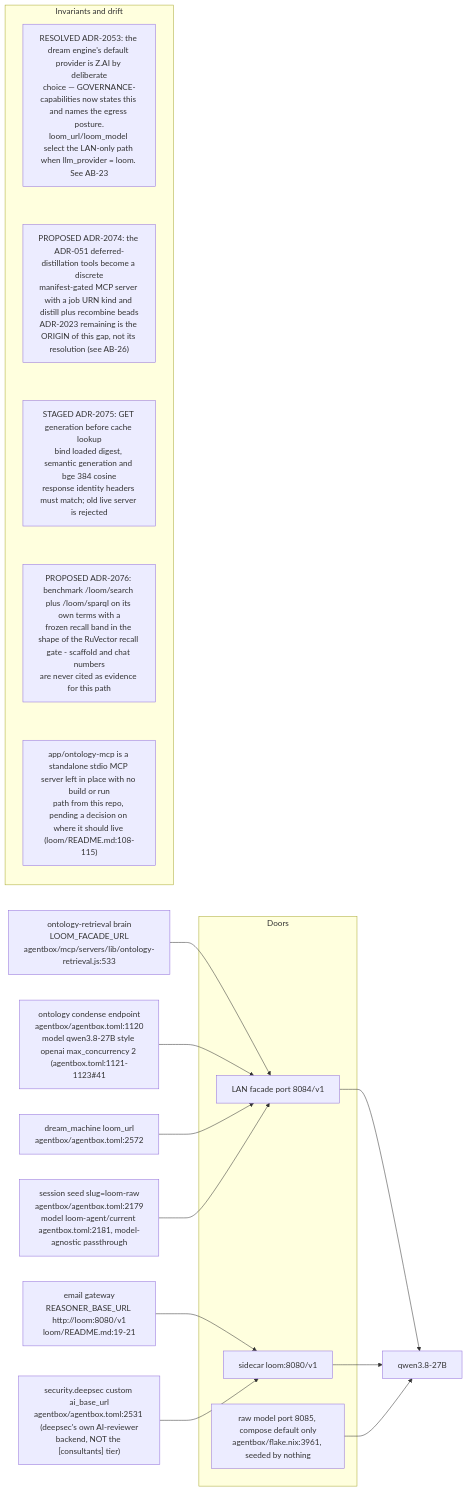
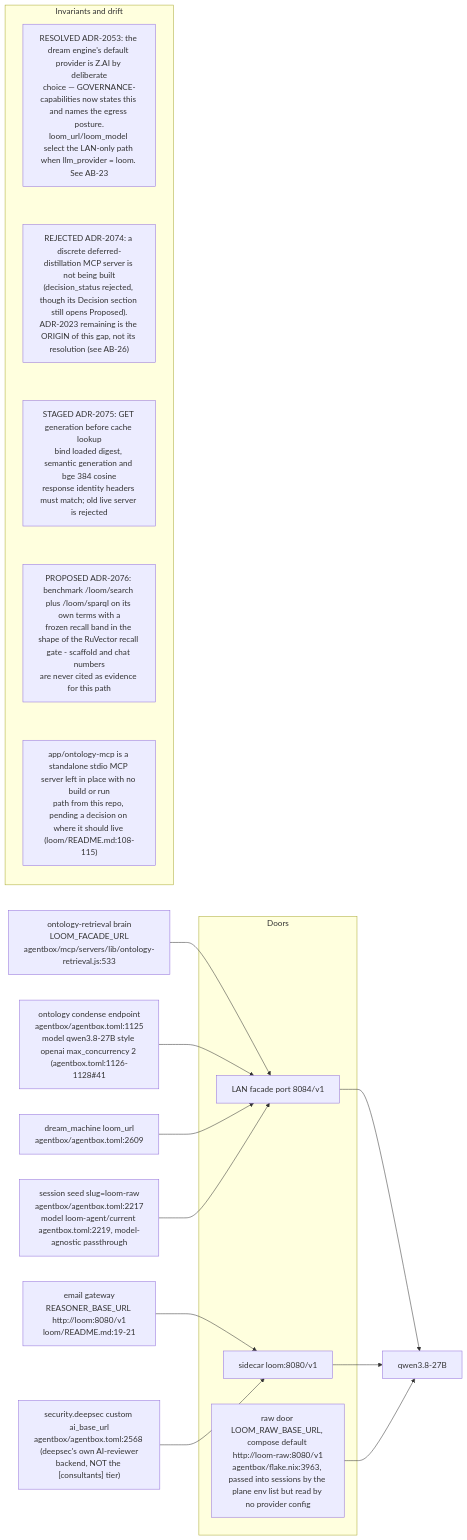
Before and after one commit to DreamLab-AI/VisionFlow: the eighth of 14 diagrams in docs/diagrams/agentbox/24-loom-facade.md, drawn with Mermaid. The commit also changed other lines of this file and 173 other files, not shown here.

````diff
--- a/docs/diagrams/agentbox/24-loom-facade.md
+++ b/docs/diagrams/agentbox/24-loom-facade.md
@@ -336,26 +338,26 @@
 ```mermaid
 flowchart LR
     subgraph doors["Doors"]
         D84["LAN facade port 8084/v1"]
         D80["sidecar loom:8080/v1"]
-        D85["raw model port 8085, compose default only<br/>agentbox/flake.nix:3961, seeded by nothing"]
+        D85["raw door LOOM_RAW_BASE_URL, compose default http://loom-raw:8080/v1<br/>agentbox/flake.nix:3963, passed into sessions by the plane env list but read by no provider config"]
     end
     RET["ontology-retrieval brain<br/>LOOM_FACADE_URL<br/>agentbox/mcp/servers/lib/ontology-retrieval.js:533"] --> D84
-    COND["ontology condense endpoint<br/>agentbox/agentbox.toml:1120<br/>model qwen3.8-27B style openai max_concurrency 2 #40;agentbox.toml:1121-1123#41;"] --> D84
-    DREAM["dream_machine loom_url<br/>agentbox/agentbox.toml:2572"] --> D84
-    SEEDR["session seed slug=loom-raw<br/>agentbox/agentbox.toml:2179<br/>model loom-agent/current agentbox.toml:2181, model-agnostic passthrough"] --> D84
+    COND["ontology condense endpoint<br/>agentbox/agentbox.toml:1125<br/>model qwen3.8-27B style openai max_concurrency 2 #40;agentbox.toml:1126-1128#41;"] --> D84
+    DREAM["dream_machine loom_url<br/>agentbox/agentbox.toml:2609"] --> D84
+    SEEDR["session seed slug=loom-raw<br/>agentbox/agentbox.toml:2217<br/>model loom-agent/current agentbox.toml:2219, model-agnostic passthrough"] --> D84
     EMAIL["email gateway<br/>REASONER_BASE_URL http://loom:8080/v1<br/>loom/README.md:19-21"] --> D80
-    CUST["security.deepsec custom ai_base_url<br/>agentbox/agentbox.toml:2531 #40;deepsec#39;s own AI-reviewer<br/>backend, NOT the #91;consultants#93; tier#41;"] --> D80
+    CUST["security.deepsec custom ai_base_url<br/>agentbox/agentbox.toml:2568 #40;deepsec#39;s own AI-reviewer<br/>backend, NOT the #91;consultants#93; tier#41;"] --> D80
     D84 --> M["qwen3.8-27B"]
     D80 --> M
     D85 --> M
     subgraph notes["Invariants and drift"]
         direction TB
         N1["RESOLVED ADR-2053: the dream engine's default provider is Z.AI by deliberate<br/>choice — GOVERNANCE-capabilities now states this and names the egress posture.<br/>loom_url/loom_model select the LAN-only path when llm_provider = loom. See AB-23"]
-        N2["PROPOSED ADR-2074: the ADR-051 deferred-distillation tools become a discrete<br/>manifest-gated MCP server with a job URN kind and distill plus recombine beads<br/>ADR-2023 remaining is the ORIGIN of this gap, not its resolution (see AB-26)"]
+        N2["REJECTED ADR-2074: a discrete deferred-distillation MCP server is not being built<br/>(decision_status rejected, though its Decision section still opens Proposed).<br/>ADR-2023 remaining is the ORIGIN of this gap, not its resolution (see AB-26)"]
         N3["STAGED ADR-2075: GET generation before cache lookup<br/>bind loaded digest, semantic generation and bge 384 cosine<br/>response identity headers must match; old live server is rejected"]
         N4["PROPOSED ADR-2076: benchmark /loom/search plus /loom/sparql on its own terms with a<br/>frozen recall band in the shape of the RuVector recall gate - scaffold and chat numbers<br/>are never cited as evidence for this path"]
         N5["app/ontology-mcp is a standalone stdio MCP server left in place with no build or run<br/>path from this repo, pending a decision on where it should live (loom/README.md:108-115)"]
         N1 ~~~ N2 ~~~ N3 ~~~ N4 ~~~ N5
     end
 ```
````
